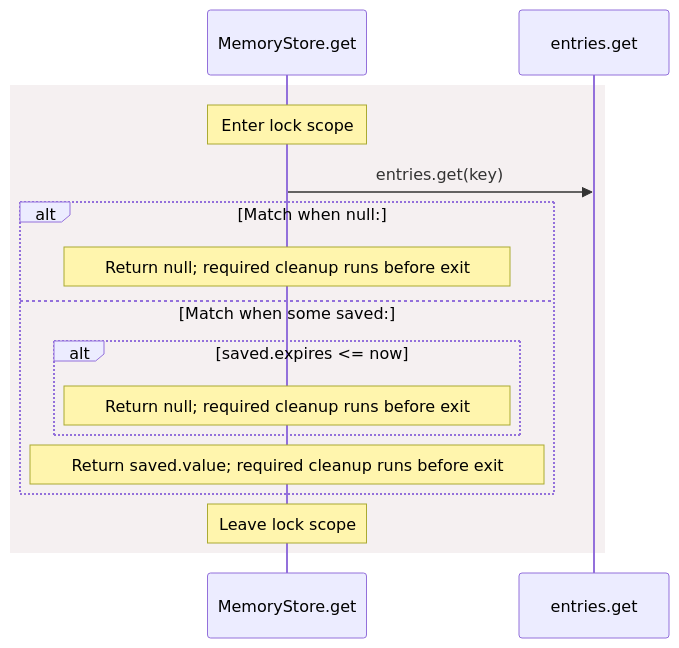
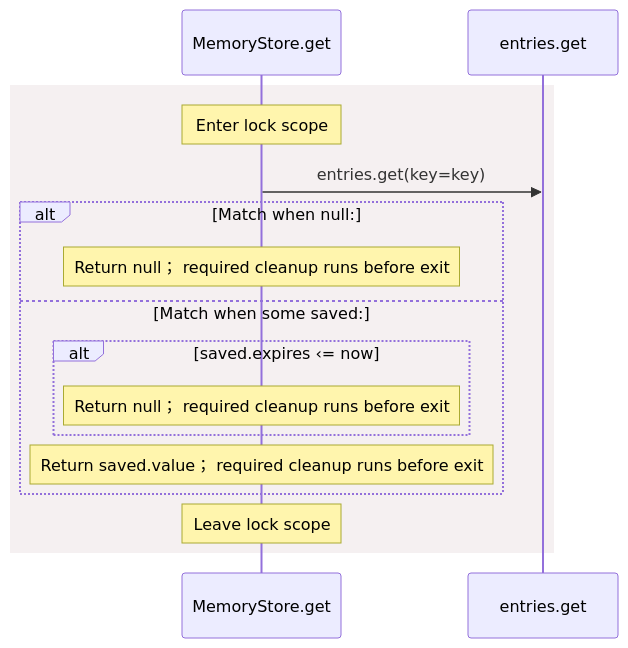
One commit to GreenPandaStudios/augscript changed the sixth of 6 diagrams in docs/examples/oidc-login/dependencies/packages/@git/url_0eb7c89453c87681ed15/0.0.0-git.a39fc582565d4fca40be4f75fa304d71adc69301/store-diagrams.md. Above: the diagram before and after it, drawn with Mermaid. The commit also changed other lines of this file and 524 other files, not shown here.

Commit message:
Explain checked data flow at folder and service levels

````diff
--- a/docs/examples/oidc-login/dependencies/packages/@git/url_0eb7c89453c87681ed15/0.0.0-git.a39fc582565d4fca40be4f75fa304d71adc69301/store-diagrams.md
+++ b/docs/examples/oidc-login/dependencies/packages/@git/url_0eb7c89453c87681ed15/0.0.0-git.a39fc582565d4fca40be4f75fa304d71adc69301/store-diagrams.md
@@ -200,18 +171,18 @@
 ```mermaid
 sequenceDiagram
     participant p0 as MemoryStore.get
     participant p1 as entries.get
     rect rgb(245, 240, 241)
     Note over p0: Enter lock scope
-    p0->>p1: entries.get(key)
+    p0->>p1: entries.get(key=key)
     alt Match when null:
-    Note over p0: Return null#59; required cleanup runs before exit
+    Note over p0: Return null； required cleanup runs before exit
     else Match when some saved:
-    alt saved.expires #60;= now
-    Note over p0: Return null#59; required cleanup runs before exit
+    alt saved.expires ‹= now
+    Note over p0: Return null； required cleanup runs before exit
     end
-    Note over p0: Return saved.value#59; required cleanup runs before exit
+    Note over p0: Return saved.value； required cleanup runs before exit
     end
     Note over p0: Leave lock scope
     end
 ```
````
